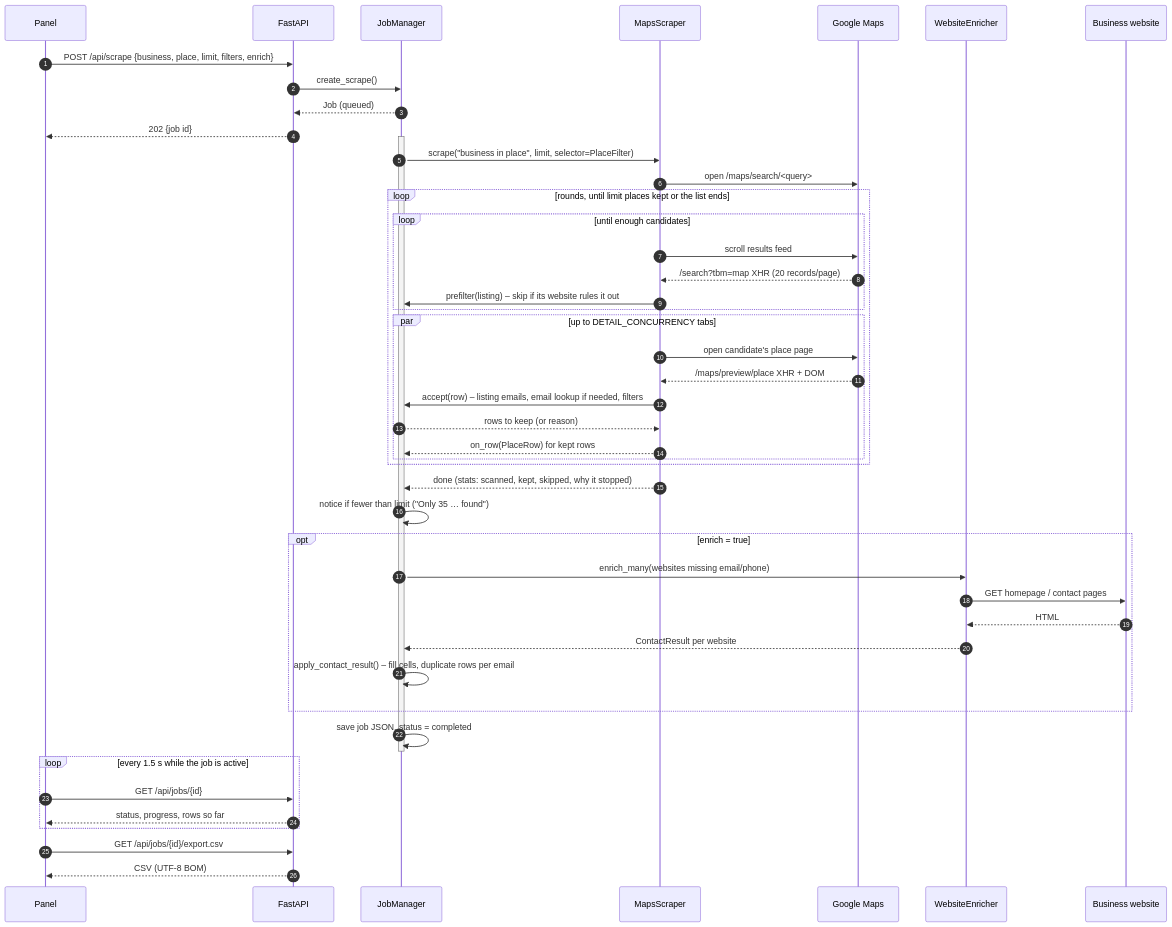
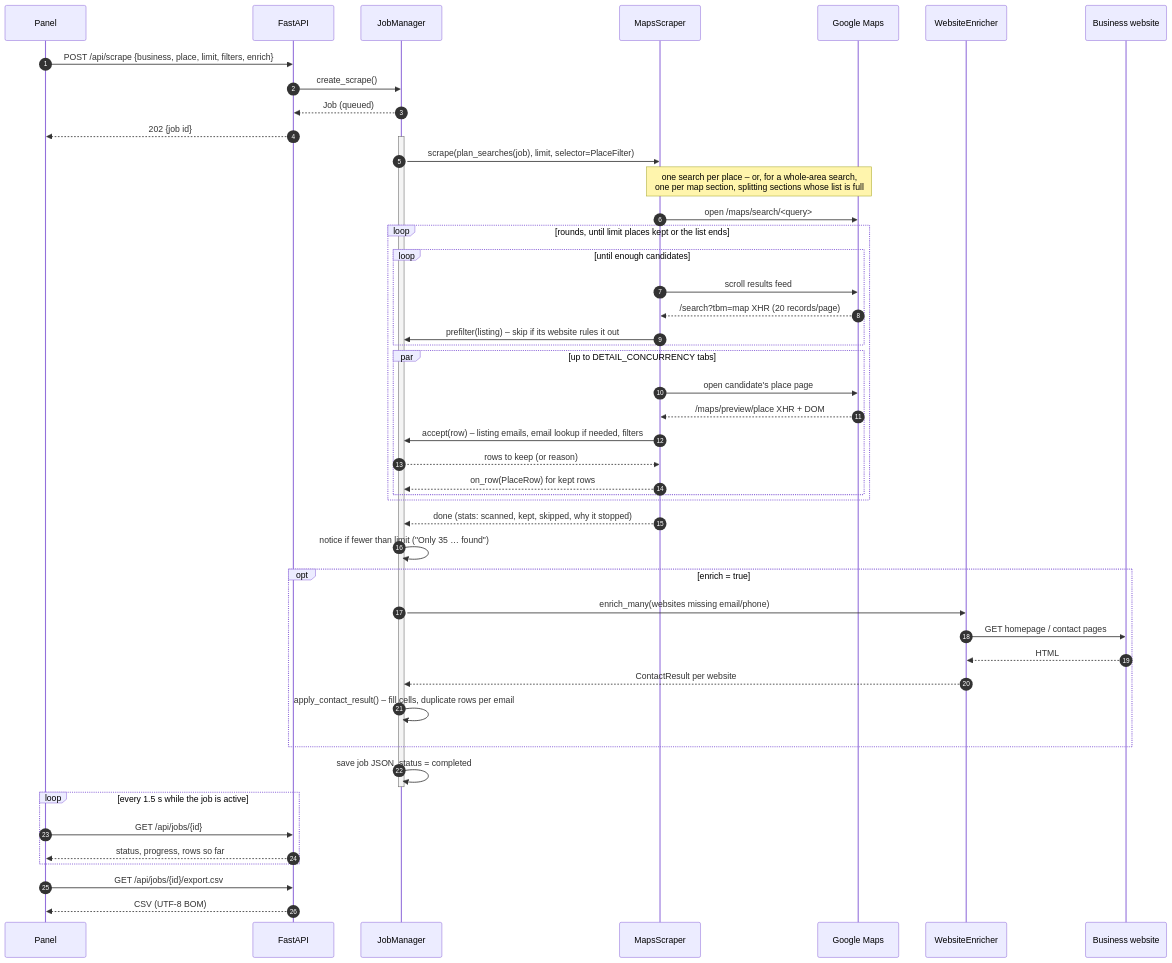
One commit to wandringspirit/leadspilot-engine changed the second of 6 diagrams in docs/ARCHITECTURE.md. Above: the diagram before and after it, drawn with Mermaid. The commit also changed other lines of this file and 25 other files, not shown here.

First line of the commit message:
Search the whole area section by section; several places per search (v1.3.0)

````diff
--- a/docs/ARCHITECTURE.md
+++ b/docs/ARCHITECTURE.md
@@ -86,50 +87,51 @@
 ```mermaid
 sequenceDiagram
     autonumber
     participant UI as Panel
     participant API as FastAPI
     participant JM as JobManager
     participant S as MapsScraper
     participant G as Google Maps
     participant E as WebsiteEnricher
     participant W as Business website
 
     UI->>API: POST /api/scrape {business, place, limit, filters, enrich}
     API->>JM: create_scrape()
     JM-->>API: Job (queued)
     API-->>UI: 202 {job id}
     activate JM
-    JM->>S: scrape("business in place", limit, selector=PlaceFilter)
+    JM->>S: scrape(plan_searches(job), limit, selector=PlaceFilter)
+    Note over S,G: one search per place – or, for a whole-area search,<br/>one per map section, splitting sections whose list is full
     S->>G: open /maps/search/<query>
     loop rounds, until limit places kept or the list ends
         loop until enough candidates
             S->>G: scroll results feed
             G-->>S: /search?tbm=map XHR (20 records/page)
             S->>JM: prefilter(listing) – skip if its website rules it out
         end
         par up to DETAIL_CONCURRENCY tabs
             S->>G: open candidate's place page
             G-->>S: /maps/preview/place XHR + DOM
             S->>JM: accept(row) – listing emails, email lookup if needed, filters
             JM-->>S: rows to keep (or reason)
             S-->>JM: on_row(PlaceRow) for kept rows
         end
     end
     S-->>JM: done (stats: scanned, kept, skipped, why it stopped)
     JM->>JM: notice if fewer than limit ("Only 35 … found")
     opt enrich = true
         JM->>E: enrich_many(websites missing email/phone)
         E->>W: GET homepage / contact pages
         W-->>E: HTML
         E-->>JM: ContactResult per website
         JM->>JM: apply_contact_result() – fill cells, duplicate rows per email
     end
     JM->>JM: save job JSON, status = completed
     deactivate JM
     loop every 1.5 s while the job is active
         UI->>API: GET /api/jobs/{id}
         API-->>UI: status, progress, rows so far
     end
     UI->>API: GET /api/jobs/{id}/export.csv
     API-->>UI: CSV (UTF-8 BOM)
 ```
````
